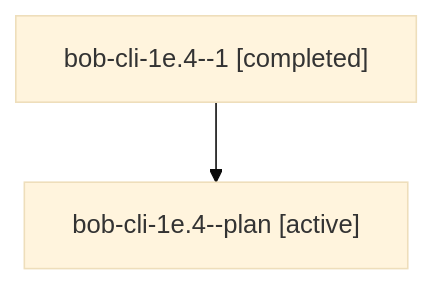
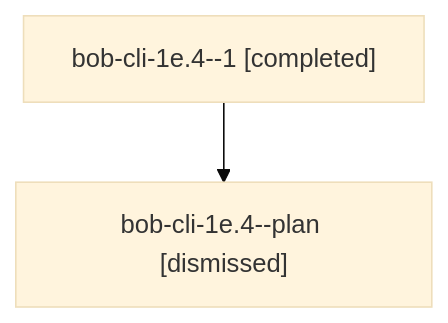
Before and after one commit to bobs-org/bob-cli--agents: the diagram in sessions/bbugyi200.athena.bob-cli-1e.4.md, drawn with Mermaid (base theme). The commit also changed other lines of this file and 83 other files, not shown here.

````diff
--- a/sessions/bbugyi200.athena.bob-cli-1e.4.md
+++ b/sessions/bbugyi200.athena.bob-cli-1e.4.md
@@ -9,6 +9,6 @@
 ```mermaid
 flowchart TD
   n0["bob-cli-1e.4--1 [completed]"]
-  n1["bob-cli-1e.4--plan [active]"]
+  n1["bob-cli-1e.4--plan [dismissed]"]
   n0 --> n1
 ```
````
